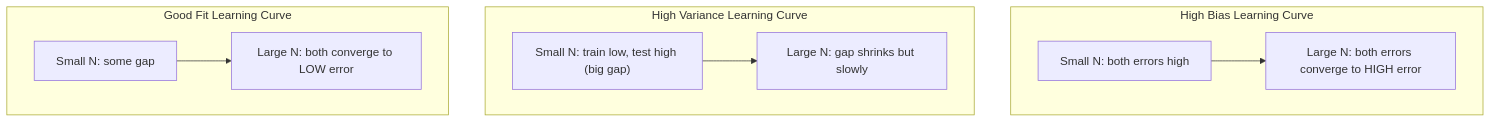
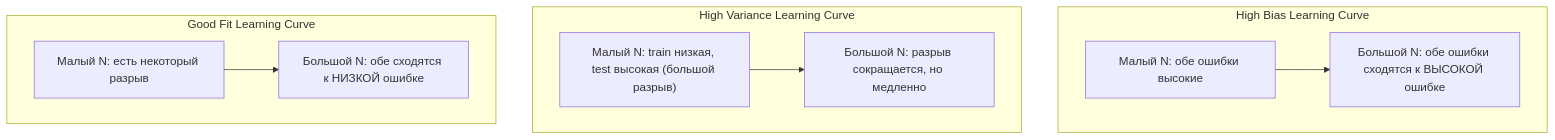
Before and after one commit to stabuev/ai-engineering-from-scratch: the fourth of 5 diagrams in phases/02-ml-fundamentals/10-bias-variance/docs/ru.md, drawn with Mermaid. The commit also changed other lines of this file and 22 other files, not shown here.

````diff
--- a/phases/02-ml-fundamentals/10-bias-variance/docs/ru.md
+++ b/phases/02-ml-fundamentals/10-bias-variance/docs/ru.md
@@ -200,23 +200,23 @@
 ```mermaid
 flowchart TD
     subgraph HB["High Bias Learning Curve"]
         direction LR
-        HB1["Small N: both errors high"]
-        HB2["Large N: both errors converge to HIGH error"]
+        HB1["Малый N: обе ошибки высокие"]
+        HB2["Большой N: обе ошибки сходятся к ВЫСОКОЙ ошибке"]
         HB1 --> HB2
     end
 
     subgraph HV["High Variance Learning Curve"]
         direction LR
-        HV1["Small N: train low, test high (big gap)"]
-        HV2["Large N: gap shrinks but slowly"]
+        HV1["Малый N: train низкая, test высокая (большой разрыв)"]
+        HV2["Большой N: разрыв сокращается, но медленно"]
         HV1 --> HV2
     end
 
     subgraph GF["Good Fit Learning Curve"]
         direction LR
-        GF1["Small N: some gap"]
-        GF2["Large N: both converge to LOW error"]
+        GF1["Малый N: есть некоторый разрыв"]
+        GF2["Большой N: обе сходятся к НИЗКОЙ ошибке"]
         GF1 --> GF2
     end
 ```
````
